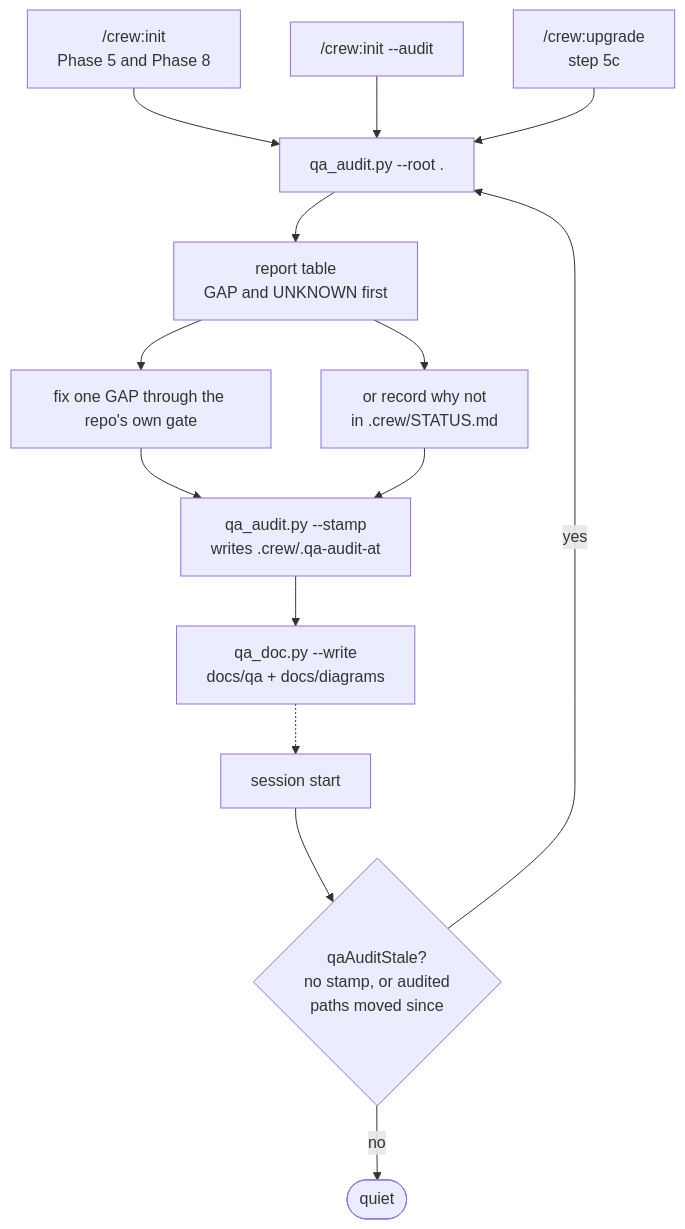
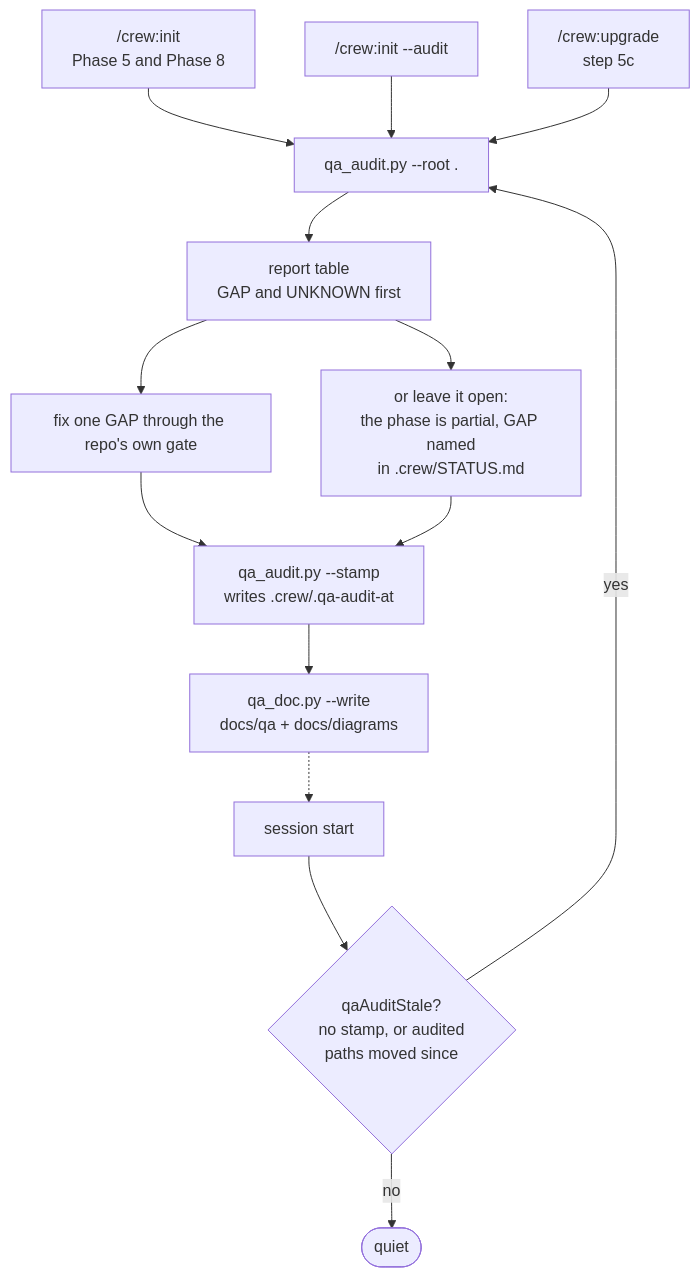
One commit to mbadali25/useful-claude-add-ons changed the first of 3 diagrams in docs/qa/crew-qa-standards.md. Above: the diagram before and after it, drawn with Mermaid. The commit also changed other lines of this file and 15 other files, not shown here.

````diff
--- a/docs/qa/crew-qa-standards.md
+++ b/docs/qa/crew-qa-standards.md
@@ -25,16 +25,16 @@
 ```mermaid
 flowchart TD
   init["/crew:init<br/>Phase 5 and Phase 8"] --> audit
   ask["/crew:init --audit"] --> audit
   upg["/crew:upgrade<br/>step 5c"] --> audit
   sess["session start"] --> stale{"qaAuditStale?<br/>no stamp, or audited<br/>paths moved since"}
   stale -->|yes| audit
   stale -->|no| quiet(["quiet"])
   audit["qa_audit.py --root ."] --> report["report table<br/>GAP and UNKNOWN first"]
   report --> fix["fix one GAP through the repo's own gate"]
-  report --> record["or record why not<br/>in .crew/STATUS.md"]
+  report --> record["or leave it open:<br/>the phase is partial, GAP named<br/>in .crew/STATUS.md"]
   fix --> stamp["qa_audit.py --stamp<br/>writes .crew/.qa-audit-at"]
   record --> stamp
   stamp --> doc["qa_doc.py --write<br/>docs/qa + docs/diagrams"]
   doc -.-> sess
 ```
````
